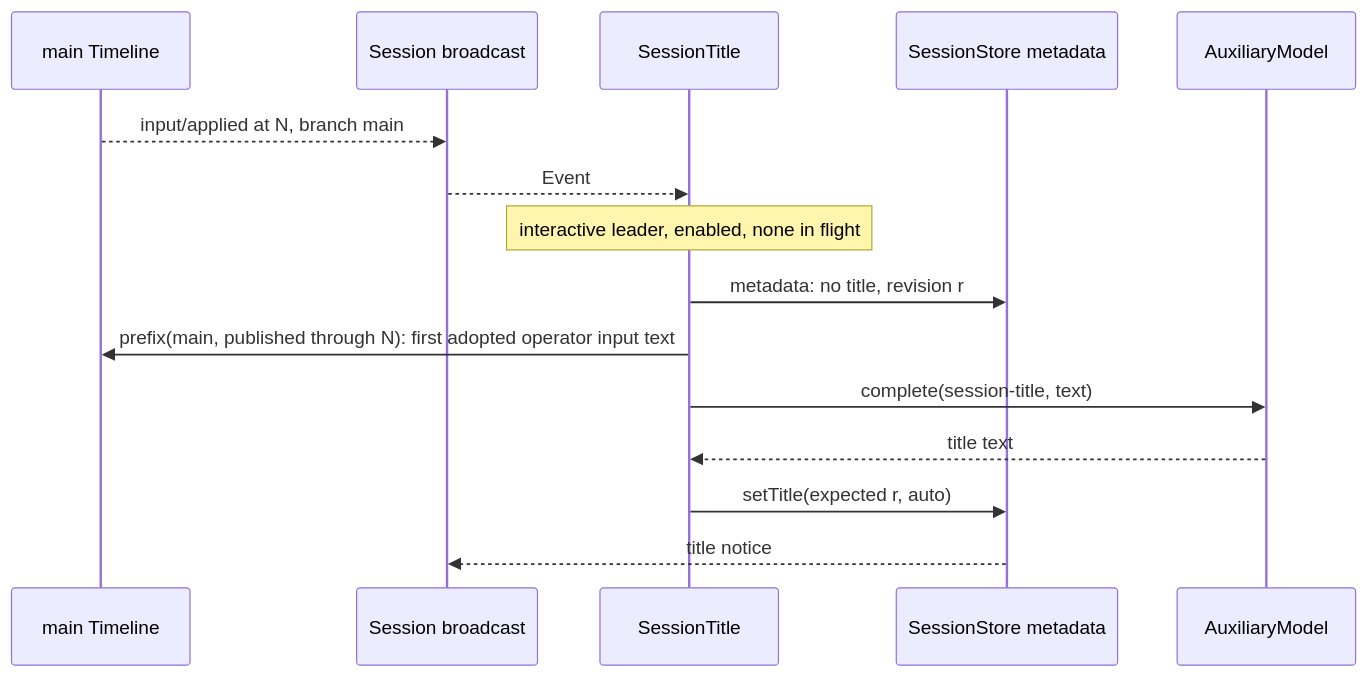
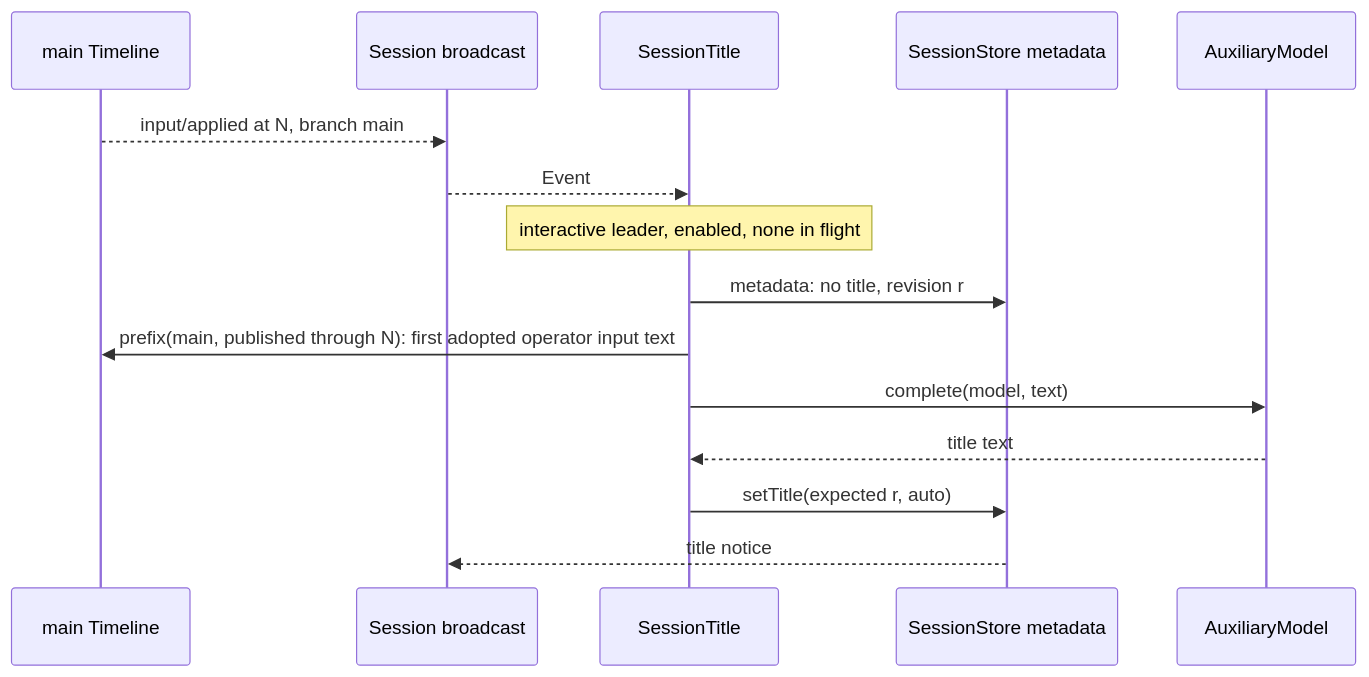
The third of 5 diagrams in docs/design/plugins/SessionTitle.md (CoutinhoTTS/dim-agent), drawn with Mermaid before and after one commit. The commit also changed other lines of this file and 14 other files, not shown here.

````diff
--- a/docs/design/plugins/SessionTitle.md
+++ b/docs/design/plugins/SessionTitle.md
@@ -69,17 +69,17 @@
 ```mermaid
 sequenceDiagram
   participant TL as main Timeline
   participant SB as Session broadcast
   participant ST as SessionTitle
   participant Meta as SessionStore metadata
   participant Aux as AuxiliaryModel
   TL-->>SB: input/applied at N, branch main
   SB-->>ST: Event
   Note over ST: interactive leader, enabled, none in flight
   ST->>Meta: metadata: no title, revision r
   ST->>TL: prefix(main, published through N): first adopted operator input text
-  ST->>Aux: complete(session-title, text)
+  ST->>Aux: complete(model, text)
   Aux-->>ST: title text
   ST->>Meta: setTitle(expected r, auto)
   Meta-->>SB: title notice
 ```
````
